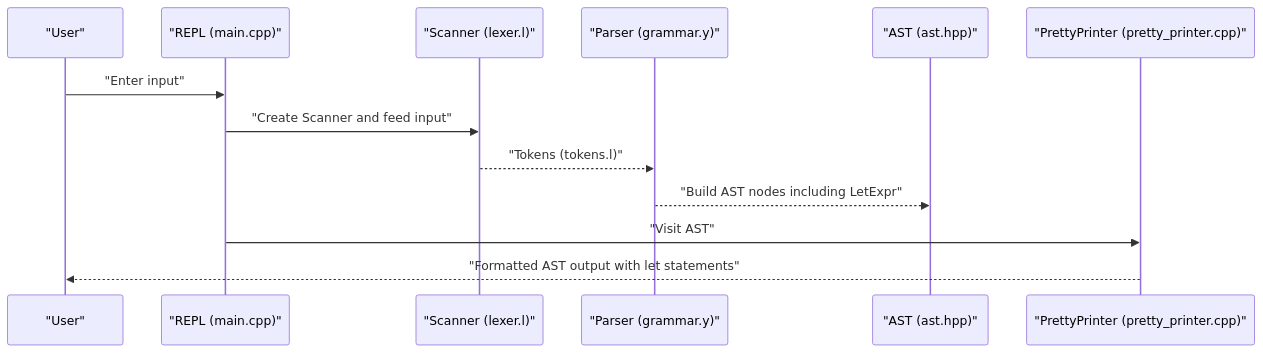
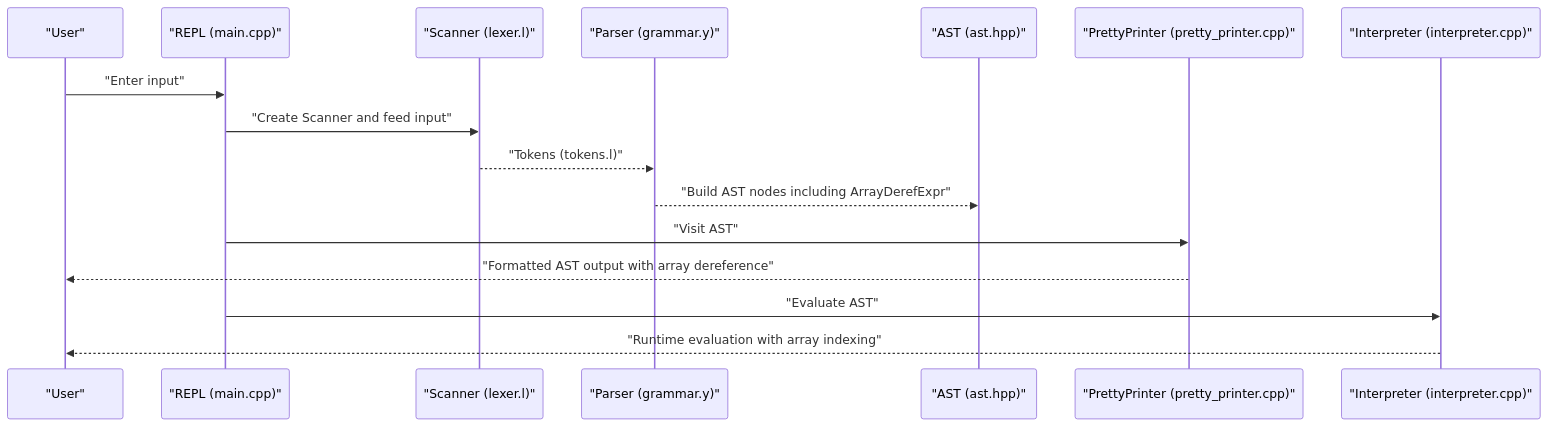
Before and after one commit to littlebirds/modern_bision: the second of 4 diagrams in .qoder/repowiki/en/content/Language Specification.md, drawn with Mermaid. The commit also changed other lines of this file and 6 other files, not shown here.

Commit message:
add unit test for evaluting ArrayDeref expr

````diff
--- a/.qoder/repowiki/en/content/Language Specification.md
+++ b/.qoder/repowiki/en/content/Language Specification.md
@@ -109,15 +121,18 @@
 ```mermaid
 sequenceDiagram
 participant User as "User"
 participant REPL as "REPL (main.cpp)"
 participant Scanner as "Scanner (lexer.l)"
 participant Parser as "Parser (grammar.y)"
 participant AST as "AST (ast.hpp)"
 participant Printer as "PrettyPrinter (pretty_printer.cpp)"
+participant Interp as "Interpreter (interpreter.cpp)"
 User->>REPL : "Enter input"
 REPL->>Scanner : "Create Scanner and feed input"
 Scanner-->>Parser : "Tokens (tokens.l)"
-Parser-->>AST : "Build AST nodes including LetExpr"
+Parser-->>AST : "Build AST nodes including ArrayDerefExpr"
 REPL->>Printer : "Visit AST"
-Printer-->>User : "Formatted AST output with let statements"
+Printer-->>User : "Formatted AST output with array dereference"
+REPL->>Interp : "Evaluate AST"
+Interp-->>User : "Runtime evaluation with array indexing"
 ```
````
